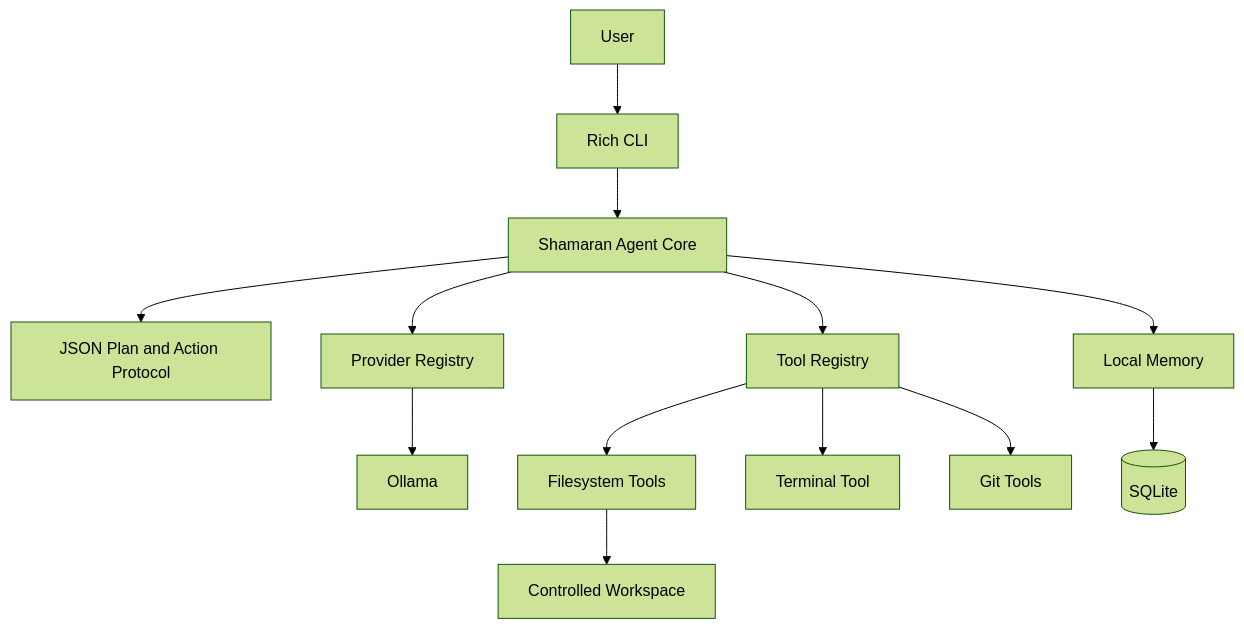
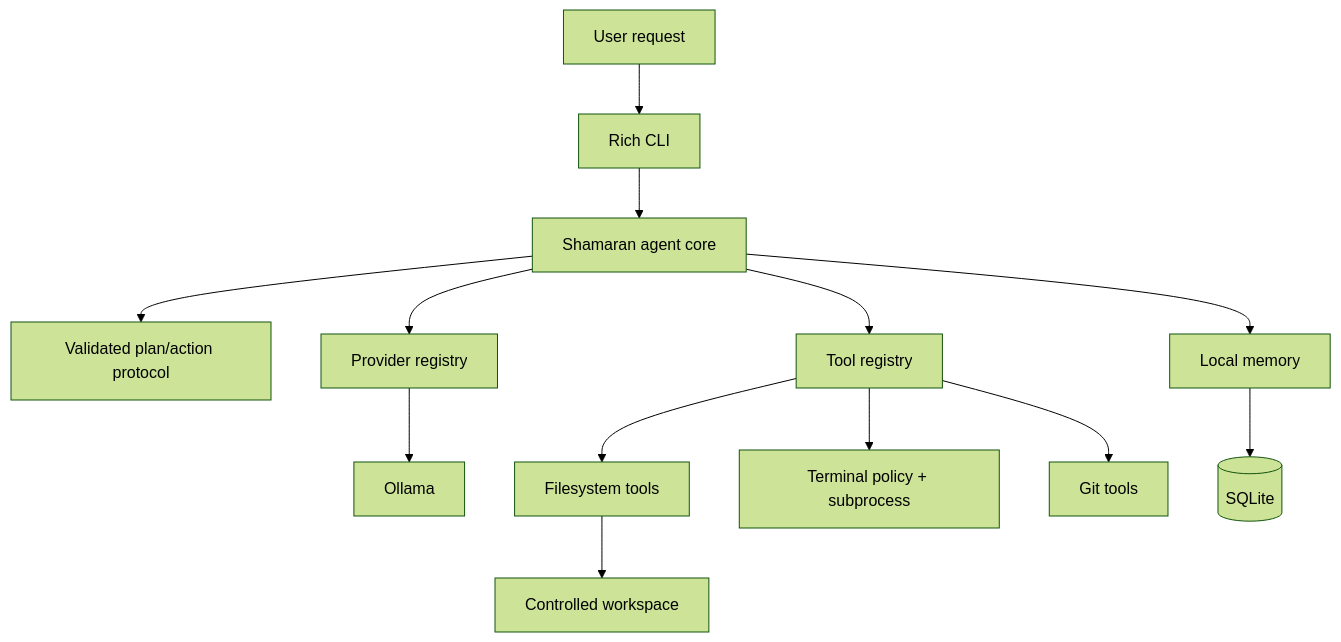
The first of 2 diagrams in README.md (ashkanWaisi/shamaran), drawn with Mermaid (forest theme) before and after one commit. The commit also changed other lines of this file and 13 other files, not shown here.

````diff
--- a/README.md
+++ b/README.md
@@ -147,15 +211,15 @@
 ```mermaid
 flowchart TD
-    U[User] --> CLI[Rich CLI]
-    CLI --> A[Shamaran Agent Core]
-    A --> P[JSON Plan and Action Protocol]
-    A --> M[Local Memory]
-    A --> T[Tool Registry]
-    A --> L[Provider Registry]
-    L --> O[Ollama]
-    T --> F[Filesystem Tools]
-    T --> C[Terminal Tool]
-    T --> G[Git Tools]
-    F --> W[Controlled Workspace]
-    M --> S[(SQLite)]
+    U["User request"] --> CLI["Rich CLI"]
+    CLI --> A["Shamaran agent core"]
+    A --> P["Validated plan/action protocol"]
+    A --> R["Provider registry"]
+    A --> T["Tool registry"]
+    A --> M["Local memory"]
+    R --> O["Ollama"]
+    T --> F["Filesystem tools"]
+    T --> C["Terminal policy + subprocess"]
+    T --> G["Git tools"]
+    F --> W["Controlled workspace"]
+    M --> S[("SQLite")]
 ```
````
